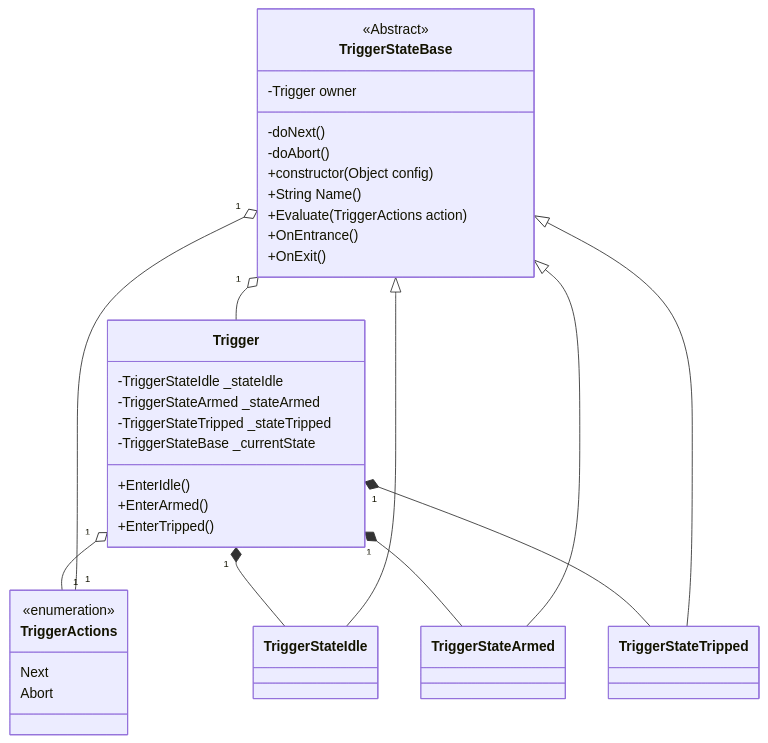
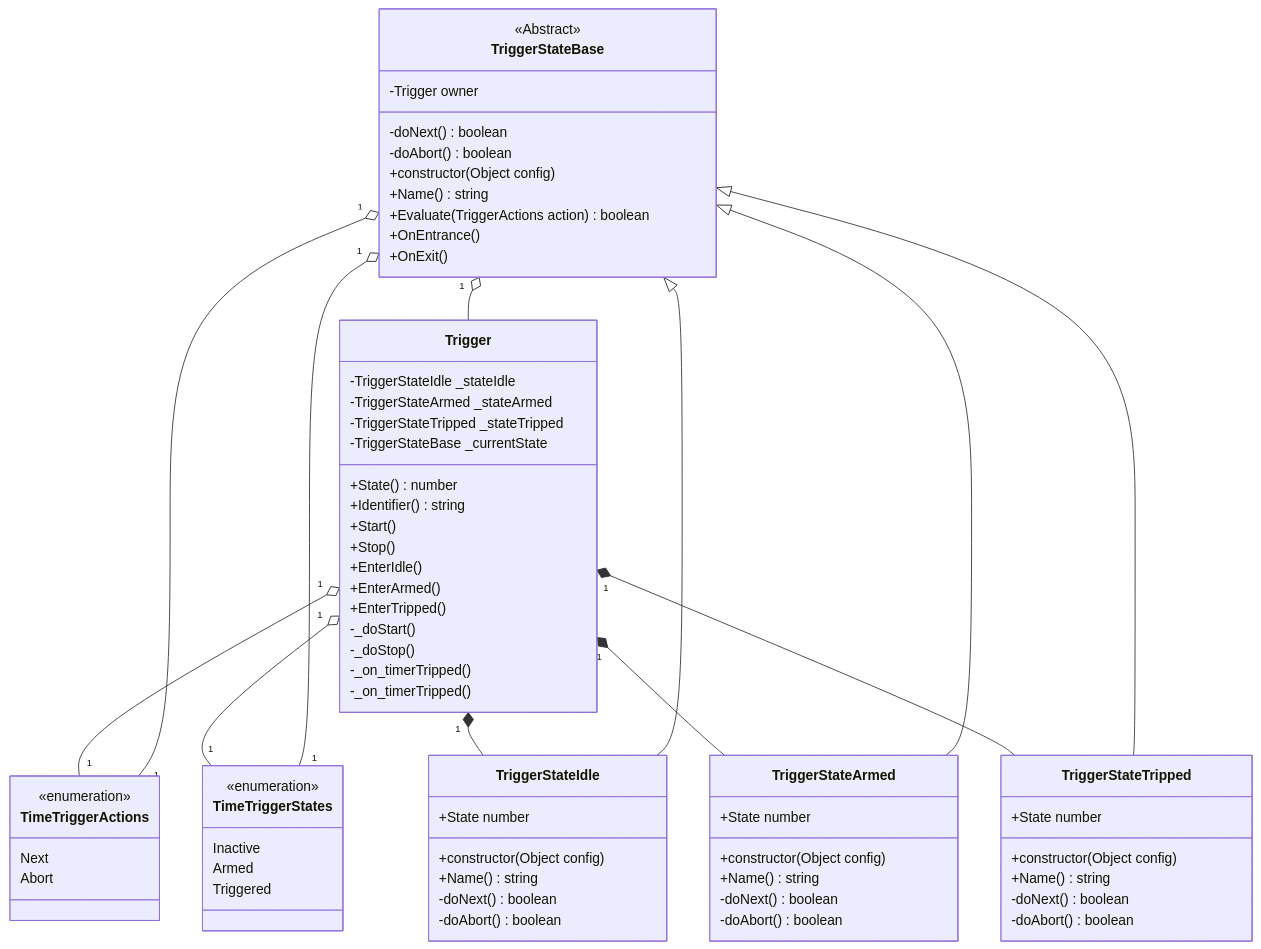
The diagram in design/triggerStateMachine.cd.mmd (pricemi115/homebridge-grumptech-timetriggers), drawn with Mermaid before and after one commit. The commit also changed 8 other files, not shown here.

```diff
--- a/design/triggerStateMachine.cd.mmd
+++ b/design/triggerStateMachine.cd.mmd
@@ -1,45 +1,76 @@
 classDiagram
-    class TriggerActions{
+    class TimeTriggerActions{
         <<enumeration>>
         Next
         Abort
+    }
+    class TimeTriggerStates{
+        <<enumeration>>
+        Inactive
+        Armed
+        Triggered
     }
     class Trigger{
         -TriggerStateIdle _stateIdle
         -TriggerStateArmed _stateArmed
         -TriggerStateTripped _stateTripped
         -TriggerStateBase _currentState
 
+        +State() number
+        +Identifier() string
+
+        +Start()
+        +Stop()
+        
         +EnterIdle()
         +EnterArmed()
         +EnterTripped()
+
+        -_doStart()
+        -_doStop()
+        -_on_timerTripped()
+        -_on_timerTripped()
     }
     class TriggerStateBase{
        <<Abstract>>
        -Trigger owner
-       -doNext()
-       -doAbort()
+       -doNext() boolean
+       -doAbort() boolean
        +constructor(Object config)
-       +String Name()
-       +Evaluate(TriggerActions action)
+       +Name() string
+       +Evaluate(TriggerActions action) boolean
        +OnEntrance()
        +OnExit()
     }
     class TriggerStateIdle{
-
+       +constructor(Object config)
+       +Name() string
+       +State number
+       -doNext() boolean
+       -doAbort() boolean
     }
     class TriggerStateArmed{
-
+       +constructor(Object config)
+       +Name() string
+       +State number
+       -doNext() boolean
+       -doAbort() boolean
     }
     class TriggerStateTripped{
-
+       +constructor(Object config)
+       +Name() string
+       +State number
+       -doNext() boolean
+       -doAbort() boolean
     }
     Trigger "1" *-- TriggerStateIdle
     Trigger "1" *-- TriggerStateArmed
     Trigger "1" *-- TriggerStateTripped
-    Trigger "1" o-- "1" TriggerActions
-    TriggerStateBase "1" o-- "1" TriggerActions
+    Trigger "1" o-- "1" TimeTriggerActions
+    Trigger "1" o-- "1" TimeTriggerStates
+    TriggerStateBase "1" o-- "1" TimeTriggerActions
+    TriggerStateBase "1" o-- "1" TimeTriggerStates
     TriggerStateBase "1" o-- Trigger
     TriggerStateBase <|-- TriggerStateIdle
     TriggerStateBase <|-- TriggerStateArmed
     TriggerStateBase <|-- TriggerStateTripped
```
